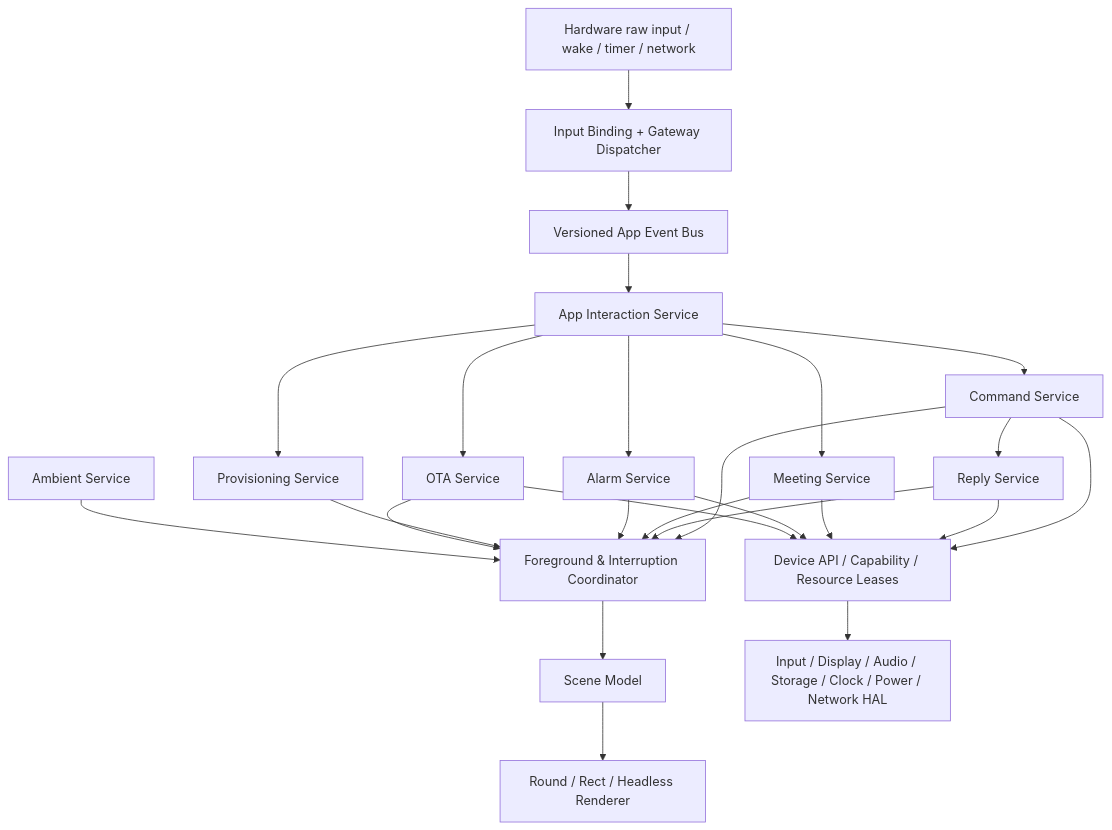
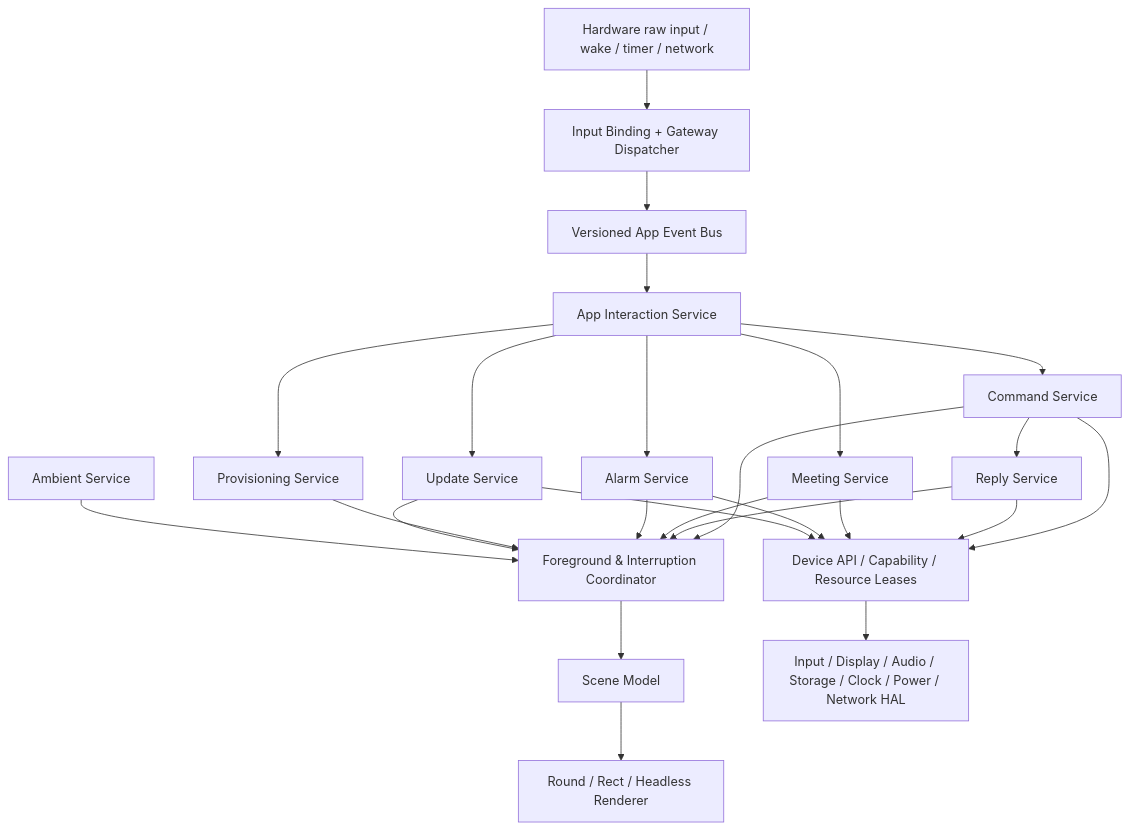
One commit to RapidAI/MaClaw changed the first of 2 diagrams in docs/design/esp32-business-layer-feature-development-plan-zh.md. Above: the diagram before and after it, drawn with Mermaid. The commit also changed other lines of this file and 22 other files, not shown here.

````diff
--- a/docs/design/esp32-business-layer-feature-development-plan-zh.md
+++ b/docs/design/esp32-business-layer-feature-development-plan-zh.md
@@ -286,42 +286,42 @@
 ```mermaid
 flowchart TB
     RAW["Hardware raw input / wake / timer / network"]
     ADAPTER["Input Binding + Gateway Dispatcher"]
     BUS["Versioned App Event Bus"]
     APP["App Interaction Service"]
     CMD["Command Service"]
     REPLY["Reply Service"]
     MEET["Meeting Service"]
     ALARM["Alarm Service"]
     PROV["Provisioning Service"]
     AMBIENT["Ambient Service"]
-    OTA["OTA Service"]
+    UPDATE["Update Service"]
     FG["Foreground & Interruption Coordinator"]
     DEVICE["Device API / Capability / Resource Leases"]
     SCENE["Scene Model"]
     RENDER["Round / Rect / Headless Renderer"]
     HAL["Input / Display / Audio / Storage / Clock / Power / Network HAL"]
 
     RAW --> ADAPTER --> BUS
     BUS --> APP
     APP --> CMD
     APP --> MEET
     APP --> ALARM
     APP --> PROV
-    APP --> OTA
+    APP --> UPDATE
     CMD --> REPLY
     CMD --> FG
     REPLY --> FG
     MEET --> FG
     ALARM --> FG
     PROV --> FG
-    OTA --> FG
+    UPDATE --> FG
     AMBIENT --> FG
     FG --> SCENE --> RENDER
     CMD --> DEVICE
     REPLY --> DEVICE
     MEET --> DEVICE
     ALARM --> DEVICE
-    OTA --> DEVICE
+    UPDATE --> DEVICE
     DEVICE --> HAL
 ```
````
